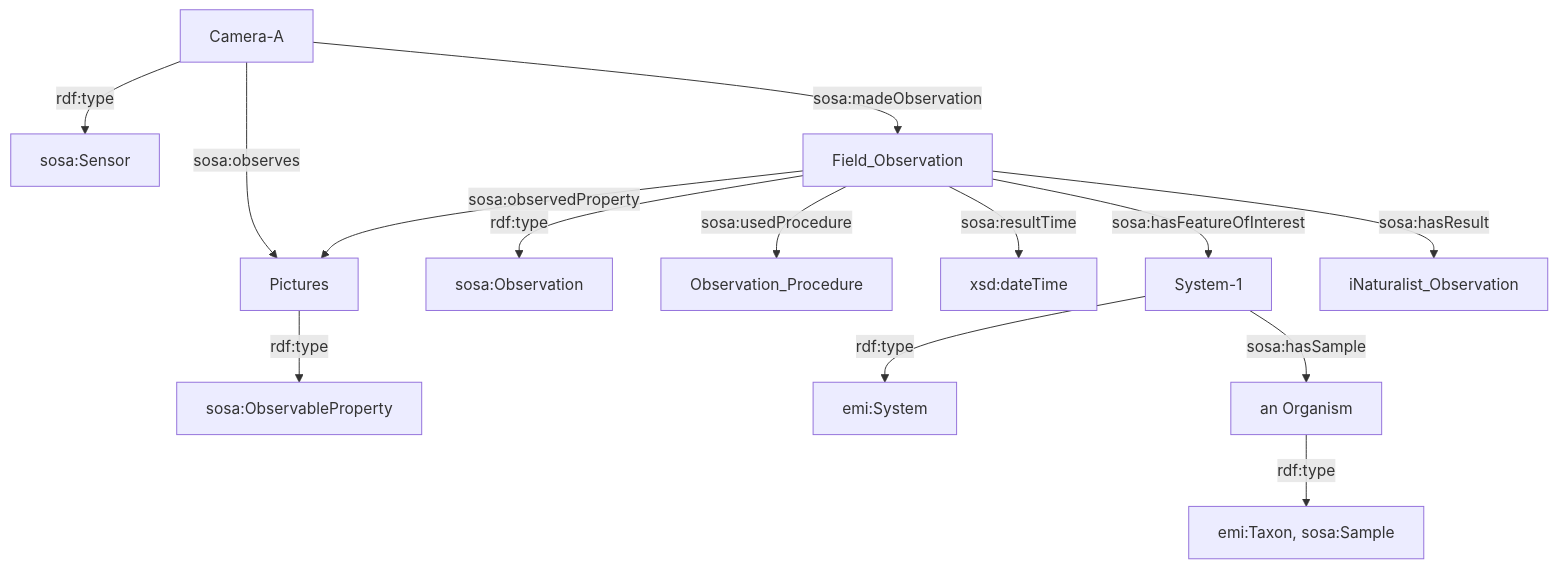
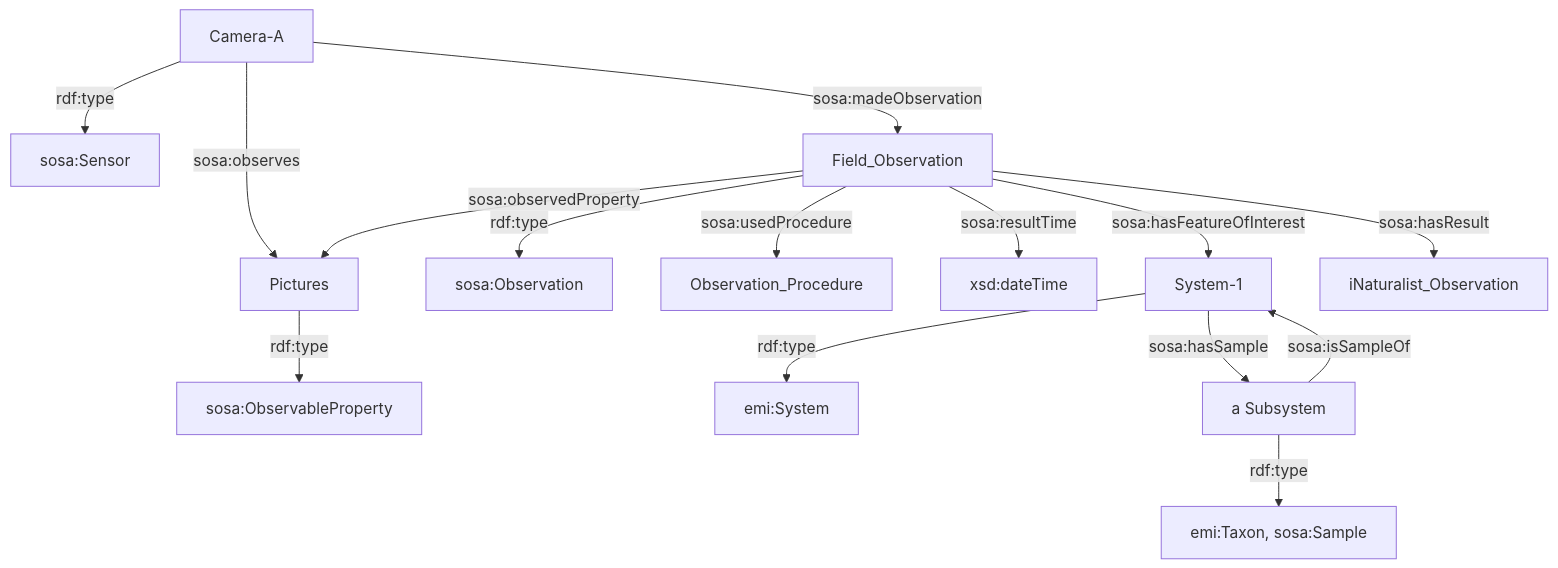
The third of 7 diagrams in README.md (digital-botanical-gardens-initiative/earth_metabolome_ontology), drawn with Mermaid before and after one commit. The commit also changed other lines of this file, not shown here.

````diff
--- a/README.md
+++ b/README.md
@@ -83,17 +83,19 @@
 ```mermaid
 graph TD
 
 		Camera-A -->|rdf:type|sosa:Sensor
 		Camera-A -->|sosa:madeObservation|Field_Observation["Field_Observation"]
 		Camera-A -->|sosa:observes|Pictures["Pictures"]
     Field_Observation -->|rdf:type|sosa:Observation["sosa:Observation"]
     Field_Observation -->|sosa:observedProperty|Pictures["Pictures"]
     Pictures --> |rdf:type|sosa:Observable_property["sosa:ObservableProperty"]
     Field_Observation -->|sosa:usedProcedure|Observation_Procedure["Observation_Procedure"]
     Field_Observation -->|sosa:resultTime|xsd:dateTime
     Field_Observation -->|"sosa:hasFeatureOfInterest"|o_a["System-1"]
     Field_Observation -->|sosa:hasResult|iNaturalist_Observation["iNaturalist_Observation"]
     o_a-->|rdf:type|emi:System
-    o_a-->|sosa:hasSample|org["an Organism"]
+    o_a-->|sosa:hasSample|org["a Subsystem"]
+    org-->|sosa:isSampleOf|o_a
+
    org-->|rdf:type|os["emi:Taxon, sosa:Sample"]
 ```
````
